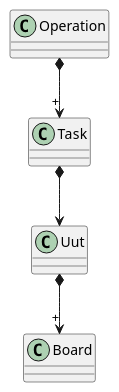
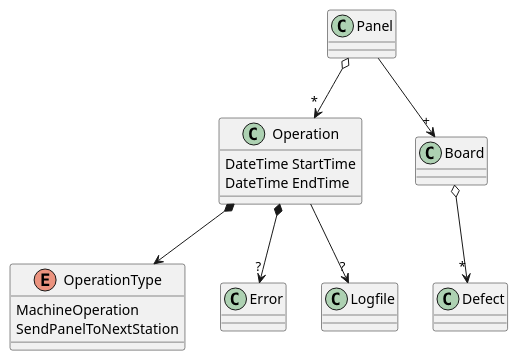
The diagram in docs/Domain.puml (David1906/Hermes-4.0), drawn with PlantUML before and after one commit. The commit also changed 214 other files, not shown here.

Commit message:
Wip: Experiment with hexagonal based architecture

```diff
--- a/docs/Domain.puml
+++ b/docs/Domain.puml
@@ -1,13 +1,23 @@
 @startuml
 
-class Operation
-Operation *-down-> "+" Task
+class Operation {
+    DateTime StartTime
+    DateTime EndTime
+}
+Operation *--> OperationType
+Operation *--> "?" Error
+Operation --> "?" Logfile
 
-class Task
-Task *-down-> Uut
+enum OperationType {
+    MachineOperation
+    SendPanelToNextStation
+}
 
-class Uut
-Uut *-down-> "+" Board
+class Panel
+Panel --> "+" Board
+Panel o--> "*" Operation
 
 class Board
+Board o--> "*" Defect
+
 @enduml
```
